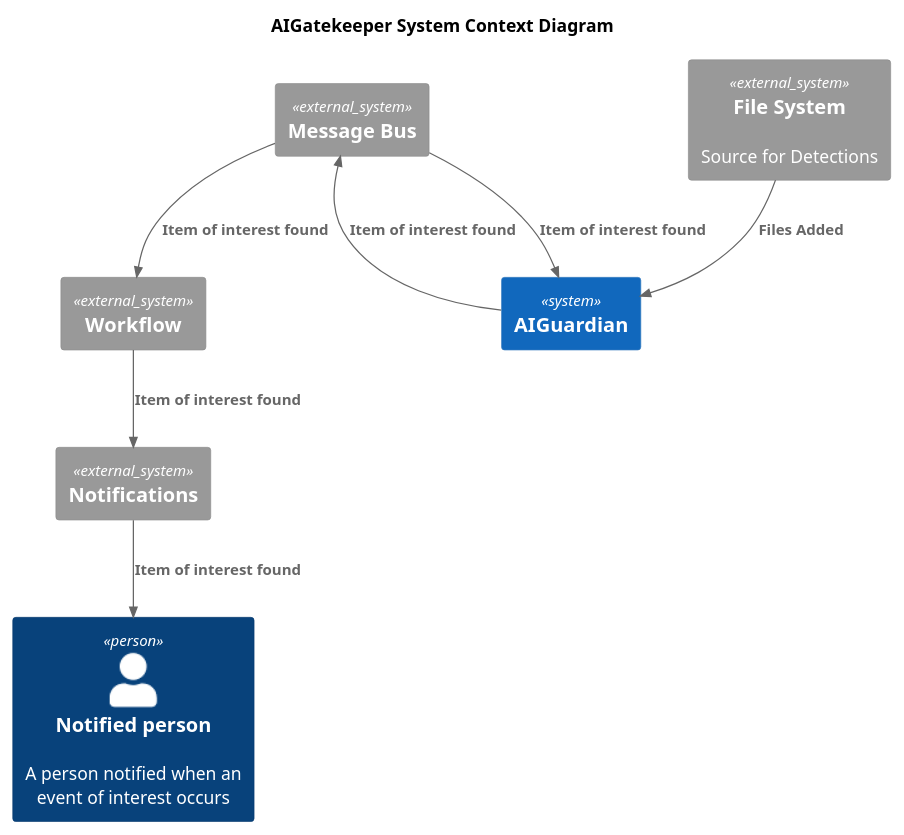
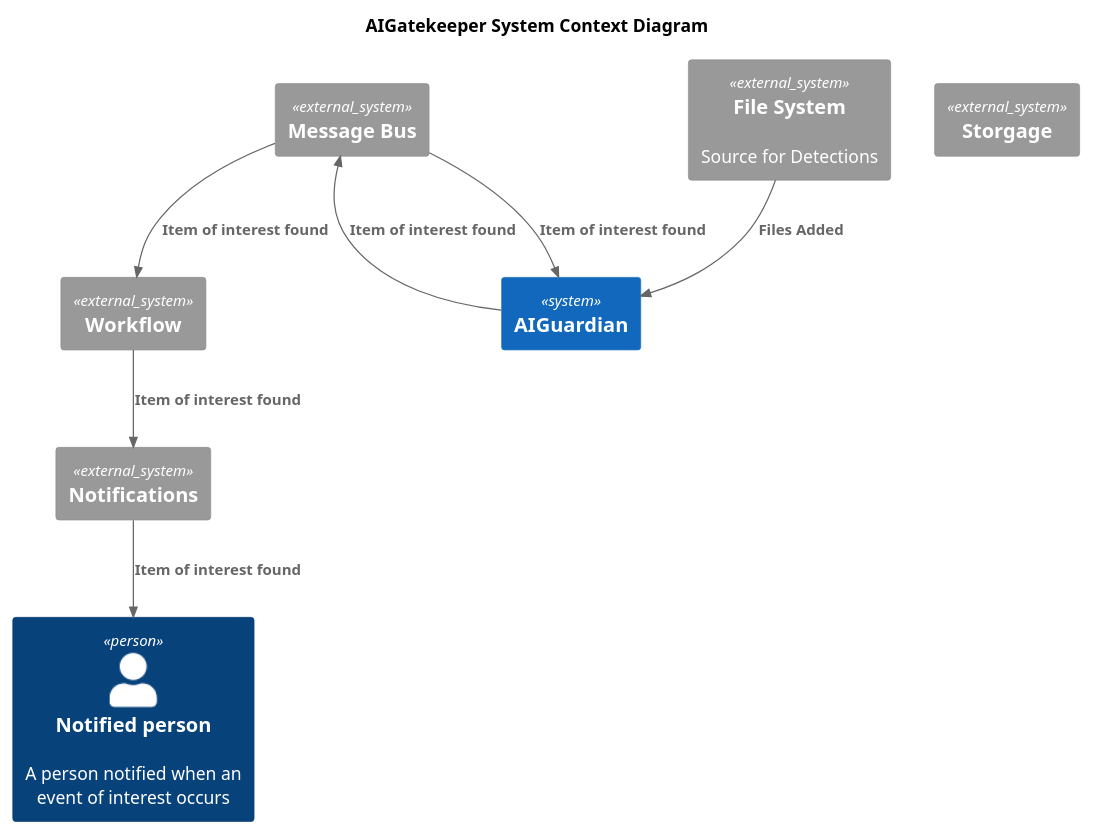
One commit to johnhinz/AIGatekeeper changed the diagram in diagrams/systemcontext.puml. Above: the diagram before and after it, drawn with PlantUML.

Commit message:
added storage external system to system context diagram

```diff
--- a/diagrams/systemcontext.puml
+++ b/diagrams/systemcontext.puml
@@ -1,27 +1,28 @@
 @startuml test
 !includeurl https://raw.githubusercontent.com/RicardoNiepel/C4-PlantUML/master/C4_Context.puml
 
 title AIGatekeeper System Context Diagram 
  
 Person(recipient, "Notified person", "A person notified when an event of interest occurs")
 
 System(guard, "AIGuardian")
 
 System_Ext(filesys, "File System", "Source for Detections")
 System_Ext(bus, "Message Bus")
 System_Ext(notification, "Notifications")
 System_Ext(workflow, "Workflow")
+System_Ext(persist, "Storgage")
 
 Rel(filesys, guard, "Files Added")
 'Rel(guard, detector, "Files for detection engine")
 'Rel_Back(guard, detector, "Detection results")
 Rel(guard, bus, "Item of interest found")
 Rel(bus, guard, "Item of interest found")
 Rel(bus, workflow, "Item of interest found")
 'Rel(bus, repo, "Item persisted")
 Rel(workflow, notification, "Item of interest found")
 Rel(notification, recipient, "Item of interest found")
 
 
 
 @enduml
```
